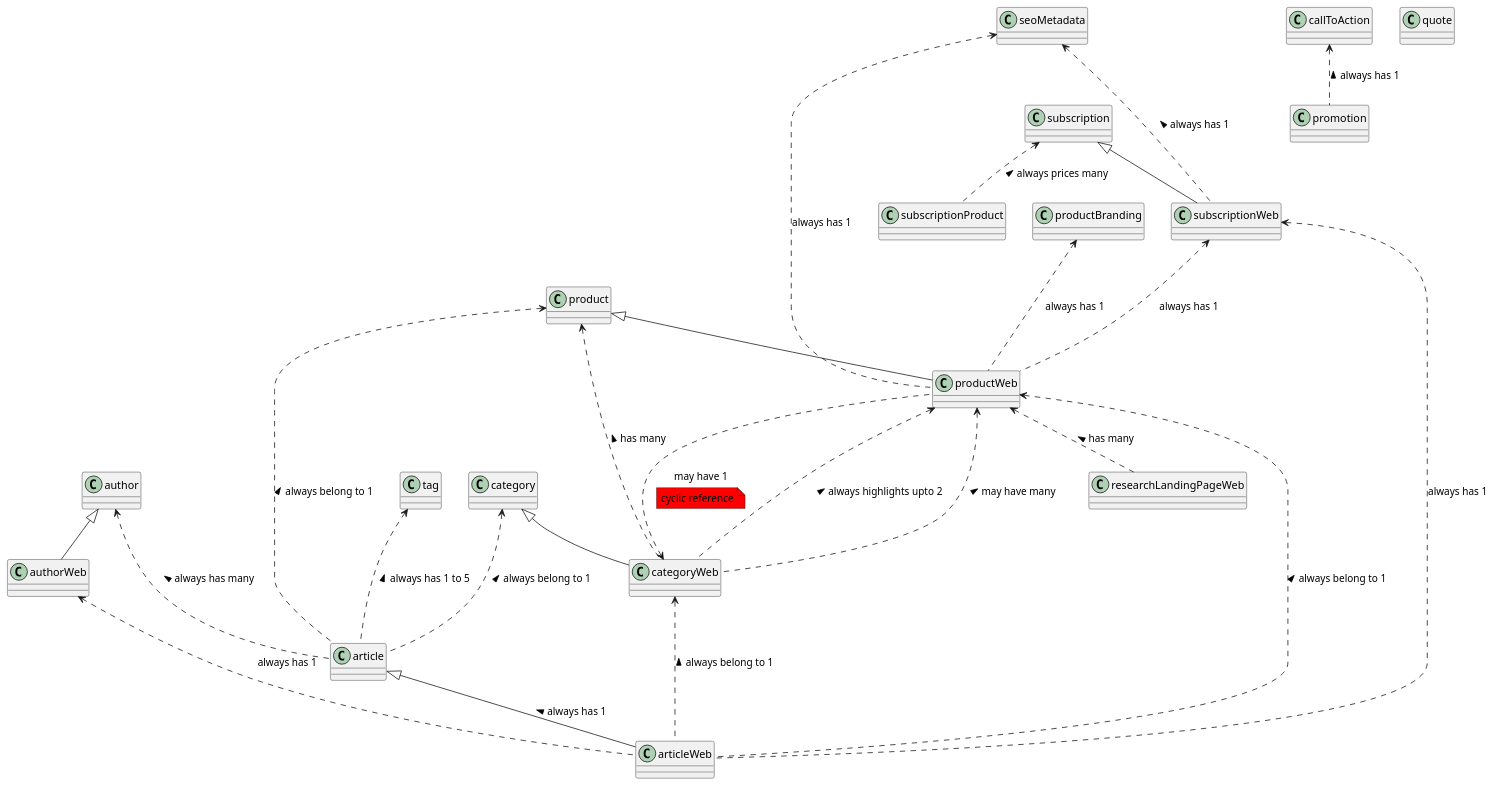
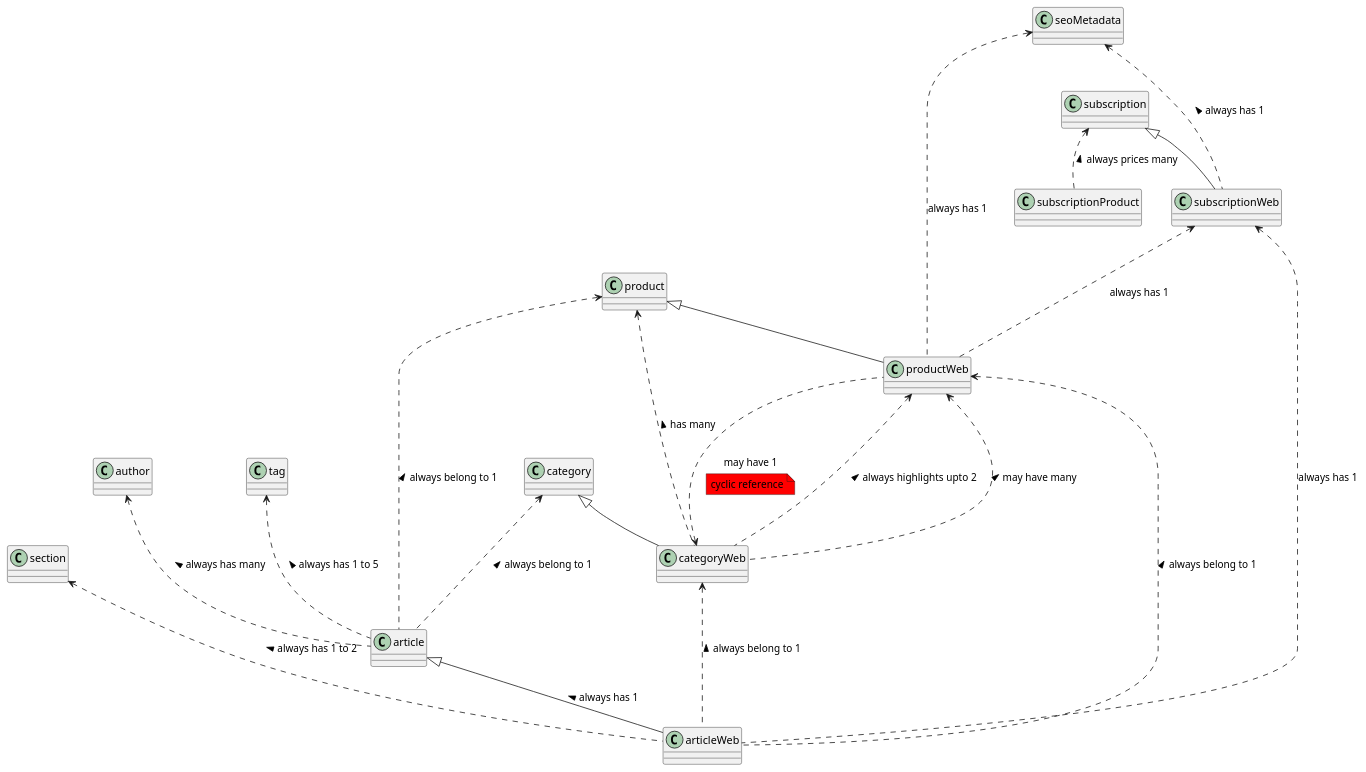
The diagram in libs/clients/contentful-client/src/main/httpx/research/content-model.plantuml (k33hq/k33-platform), drawn with PlantUML before and after one commit. The commit also changed 43 other files, not shown here.

```diff
--- a/libs/clients/contentful-client/src/main/httpx/research/content-model.plantuml
+++ b/libs/clients/contentful-client/src/main/httpx/research/content-model.plantuml
@@ -1,77 +1,61 @@
 @startuml
+
+class section
 
 class article
 
 ' class articleMobile
 ' article <|-- articleMobile
 
 author <... article : always has many <
 product <... article : always belong to 1 <
 tag <... article : always has 1 to 5 <
 category <... article : always belong to 1 <
 
 class articleWeb
 article <|-- articleWeb : always has 1 <
 
+section <... articleWeb : always has 1 to 2 <
+
 productWeb <... articleWeb : always belong to 1 <
 categoryWeb <... articleWeb : always belong to 1 <
-
-authorWeb <... articleWeb : always has 1
 
 subscriptionWeb <... articleWeb : always has 1
 
 class author
-
-class authorWeb
-
-author <|-- authorWeb
-
-class callToAction
 
 class category
 
 class categoryWeb
 
 category <|-- categoryWeb
 product <... categoryWeb : has many <
 productWeb <... categoryWeb : always highlights upto 2 <
 productWeb <... categoryWeb : may have many <
 
 class product
 
 class productWeb
 
 product <|-- productWeb
 categoryWeb <... productWeb : may have 1
 note on link #red: cyclic reference
-productBranding <... productWeb : always has 1
 subscriptionWeb <... productWeb : always has 1
 seoMetadata <... productWeb : always has 1
-
-class productBranding
-
-class promotion
-
-callToAction <.. promotion : always has 1 <
-
-class quote
-
-class researchLandingPageWeb
-productWeb <.. researchLandingPageWeb : has many <
 
 class seoMetadata
 
 class subscription
 
 class subscriptionProduct
 
 subscription <.. subscriptionProduct : always prices many <
 
 class subscriptionWeb
 
 subscription <|-- subscriptionWeb
 seoMetadata <... subscriptionWeb : always has 1 <
 
 class tag
 
 @enduml
```
